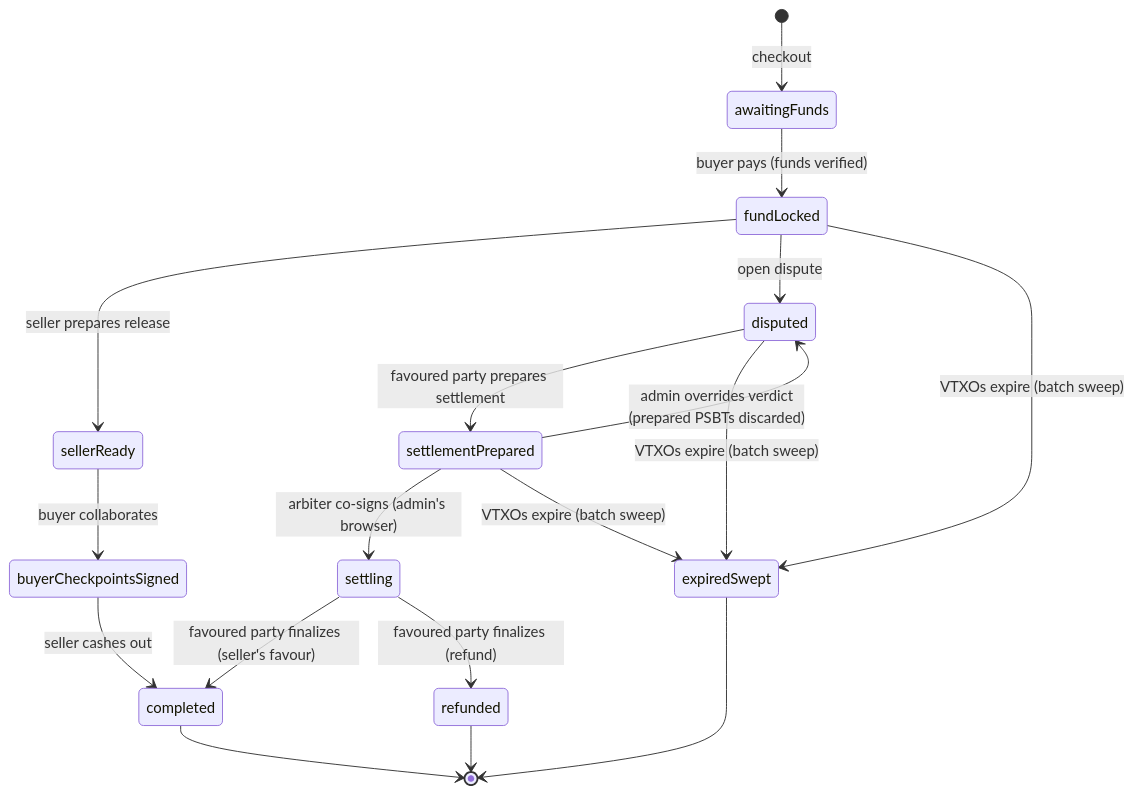
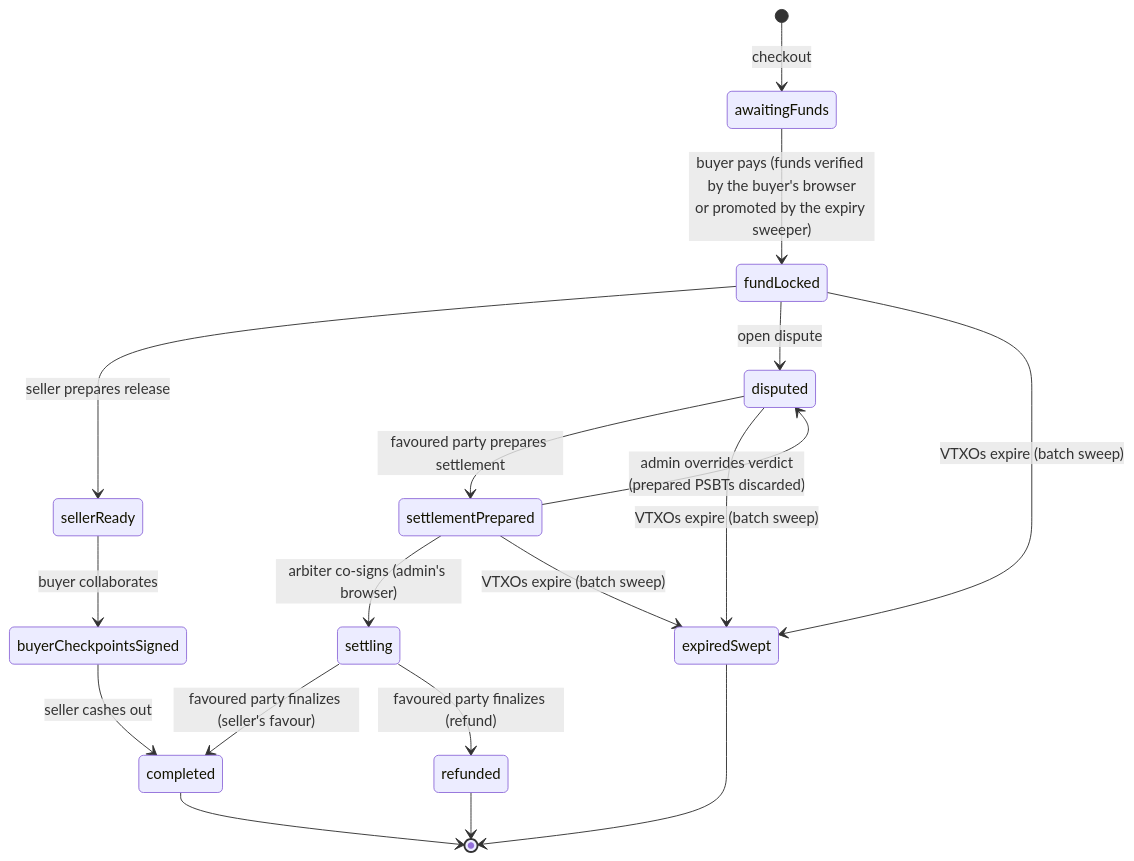
One commit to tkstudioio/antigone changed the second of 2 diagrams in docs/lifecycle.md. Above: the diagram before and after it, drawn with Mermaid. The commit also changed other lines of this file and 145 other files, not shown here.

````diff
--- a/docs/lifecycle.md
+++ b/docs/lifecycle.md
@@ -53,23 +63,23 @@
 ```mermaid
 stateDiagram-v2
     [*] --> awaitingFunds: checkout
-    awaitingFunds --> fundLocked: buyer pays (funds verified)
+    awaitingFunds --> fundLocked: buyer pays (funds verified by the buyer's browser<br/>or promoted by the expiry sweeper)
     fundLocked --> sellerReady: seller prepares release
     sellerReady --> buyerCheckpointsSigned: buyer collaborates
     buyerCheckpointsSigned --> completed: seller cashes out
 
     fundLocked --> disputed: open dispute
     disputed --> settlementPrepared: favoured party prepares settlement
     settlementPrepared --> disputed: admin overrides verdict<br/>(prepared PSBTs discarded)
     settlementPrepared --> settling: arbiter co-signs (admin's browser)
     settling --> completed: favoured party finalizes (seller's favour)
     settling --> refunded: favoured party finalizes (refund)
 
     fundLocked --> expiredSwept: VTXOs expire (batch sweep)
     disputed --> expiredSwept: VTXOs expire (batch sweep)
     settlementPrepared --> expiredSwept: VTXOs expire (batch sweep)
 
     completed --> [*]
     refunded --> [*]
     expiredSwept --> [*]
 ```
````
